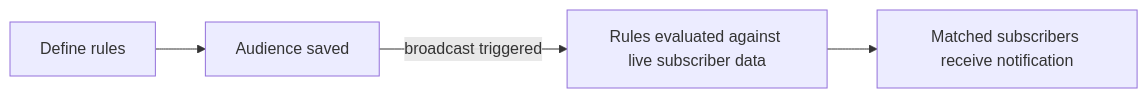
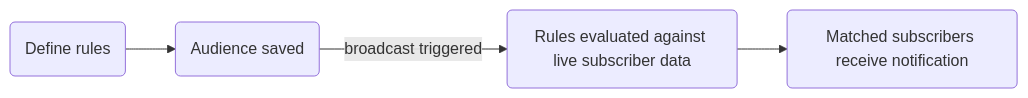
Before and after one commit to KriyanshKhunt/nexus_docs: the diagram in content/docs/en/platform/features/audiences.mdx, drawn with Mermaid. The commit also changed 25 other files, not shown here.

Commit message:
Handle en Mermaid charts

````diff
--- a/content/docs/en/platform/features/audiences.mdx
+++ b/content/docs/en/platform/features/audiences.mdx
@@ -12,6 +12,6 @@
 ```mermaid
 flowchart LR
-  D[Define rules] --> A[Audience saved]
-  A -->|broadcast triggered| E[Rules evaluated against live subscriber data]
-  E --> M[Matched subscribers receive notification]
+  D(Define rules) --> A(Audience saved)
+  A -->|broadcast triggered| E(Rules evaluated against live subscriber data)
+  E --> M(Matched subscribers receive notification)
 ```
````
